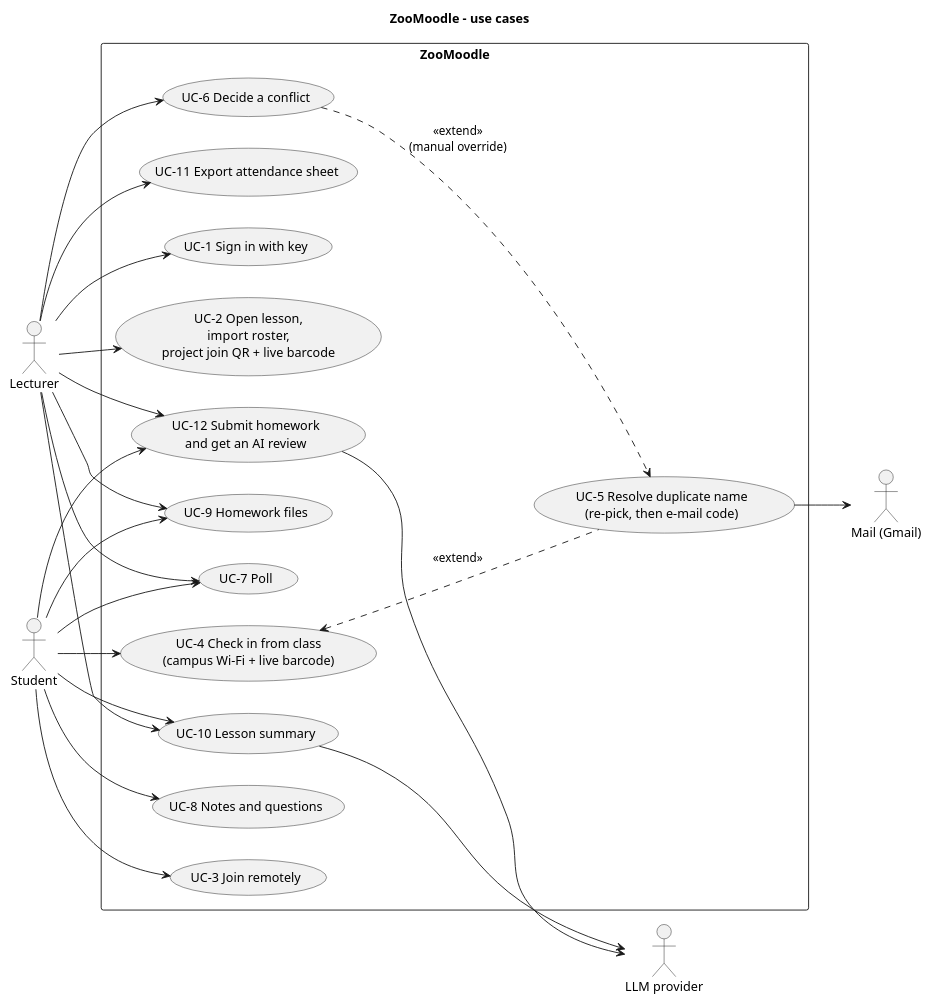
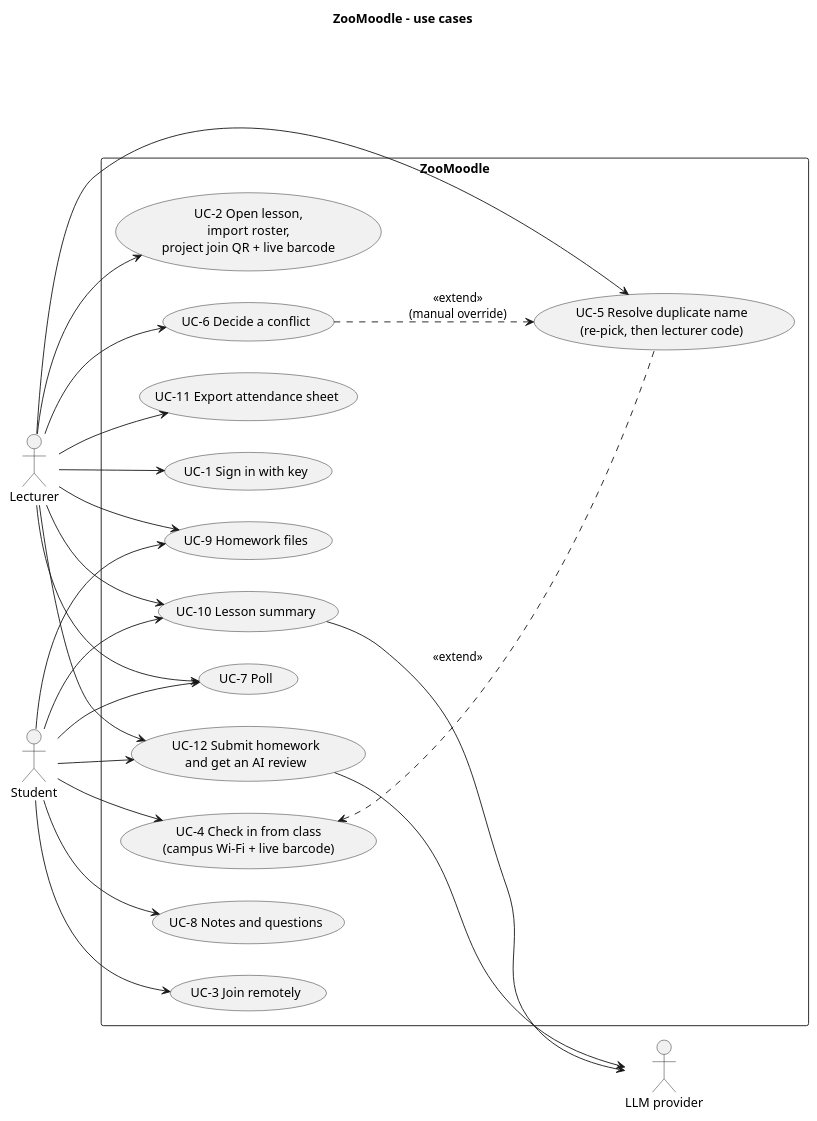
One commit to Haim-Barby/ZooMoodle changed the diagram in docs/diagrams/usecases.puml. Above: the diagram before and after it, drawn with PlantUML. The commit also changed 38 other files, not shown here.

First line of the commit message:
Duplicate names: lecturer one-time code instead of e-mail

```diff
--- a/docs/diagrams/usecases.puml
+++ b/docs/diagrams/usecases.puml
@@ -1,46 +1,45 @@
 @startuml usecases
 title ZooMoodle – use cases
 left to right direction
 skinparam packageStyle rectangle
 
 actor Lecturer
 actor Student
 actor "LLM provider" as LLM
-actor "Mail (Gmail)" as MAIL
 
 rectangle "ZooMoodle" {
   usecase "UC-1 Sign in with key" as UC1
   usecase "UC-2 Open lesson,\nimport roster,\nproject join QR + live barcode" as UC2
   usecase "UC-3 Join remotely" as UC3
   usecase "UC-4 Check in from class\n(campus Wi-Fi + live barcode)" as UC4
-  usecase "UC-5 Resolve duplicate name\n(re-pick, then e-mail code)" as UC5
+  usecase "UC-5 Resolve duplicate name\n(re-pick, then lecturer code)" as UC5
   usecase "UC-6 Decide a conflict" as UC6
   usecase "UC-7 Poll" as UC7
   usecase "UC-8 Notes and questions" as UC8
   usecase "UC-9 Homework files" as UC9
   usecase "UC-10 Lesson summary" as UC10
   usecase "UC-11 Export attendance sheet" as UC11
   usecase "UC-12 Submit homework\nand get an AI review" as UC12
 }
 
 Lecturer --> UC1
 Lecturer --> UC2
 Lecturer --> UC6
 Lecturer --> UC7
 Lecturer --> UC9
 Lecturer --> UC10
 Lecturer --> UC11
 Lecturer --> UC12
 Student --> UC3
 Student --> UC4
 Student --> UC7
 Student --> UC8
 Student --> UC9
 Student --> UC10
 Student --> UC12
 UC4 <.. UC5 : <<extend>>
-UC5 --> MAIL
+Lecturer --> UC5
 UC6 ..> UC5 : <<extend>>\n(manual override)
 UC10 --> LLM
 UC12 --> LLM
 @enduml
```
